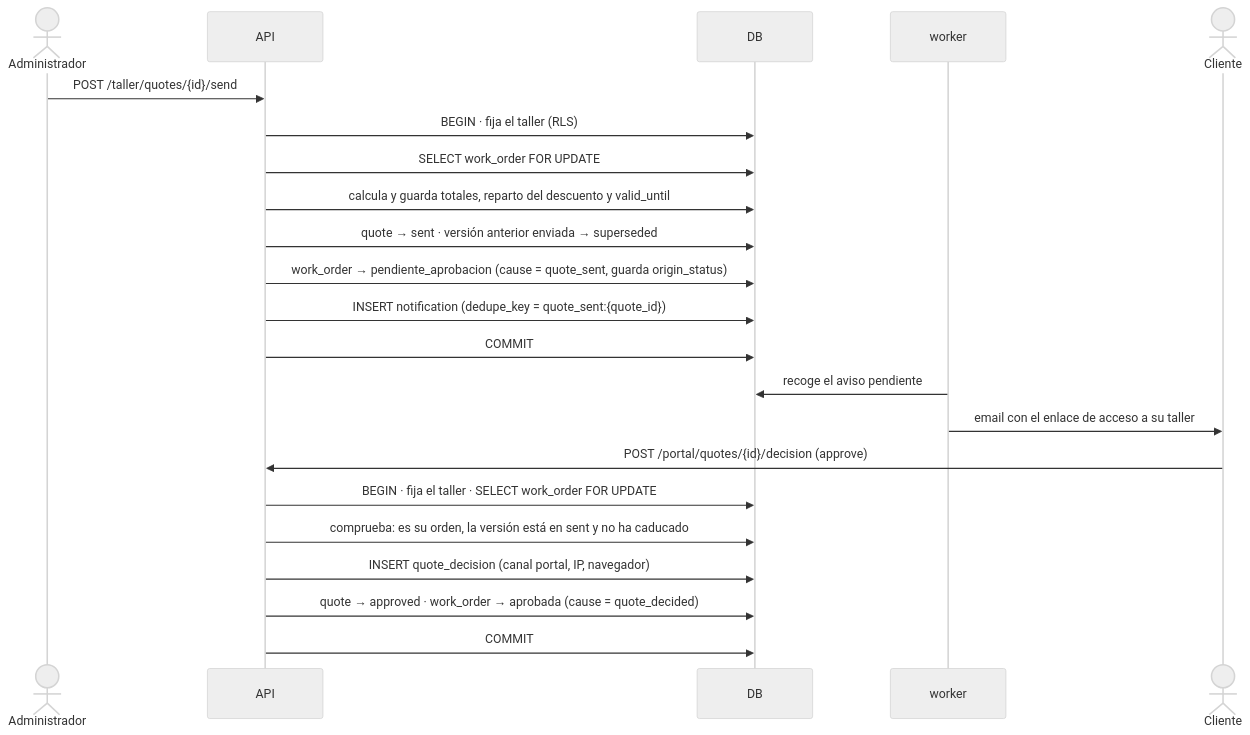
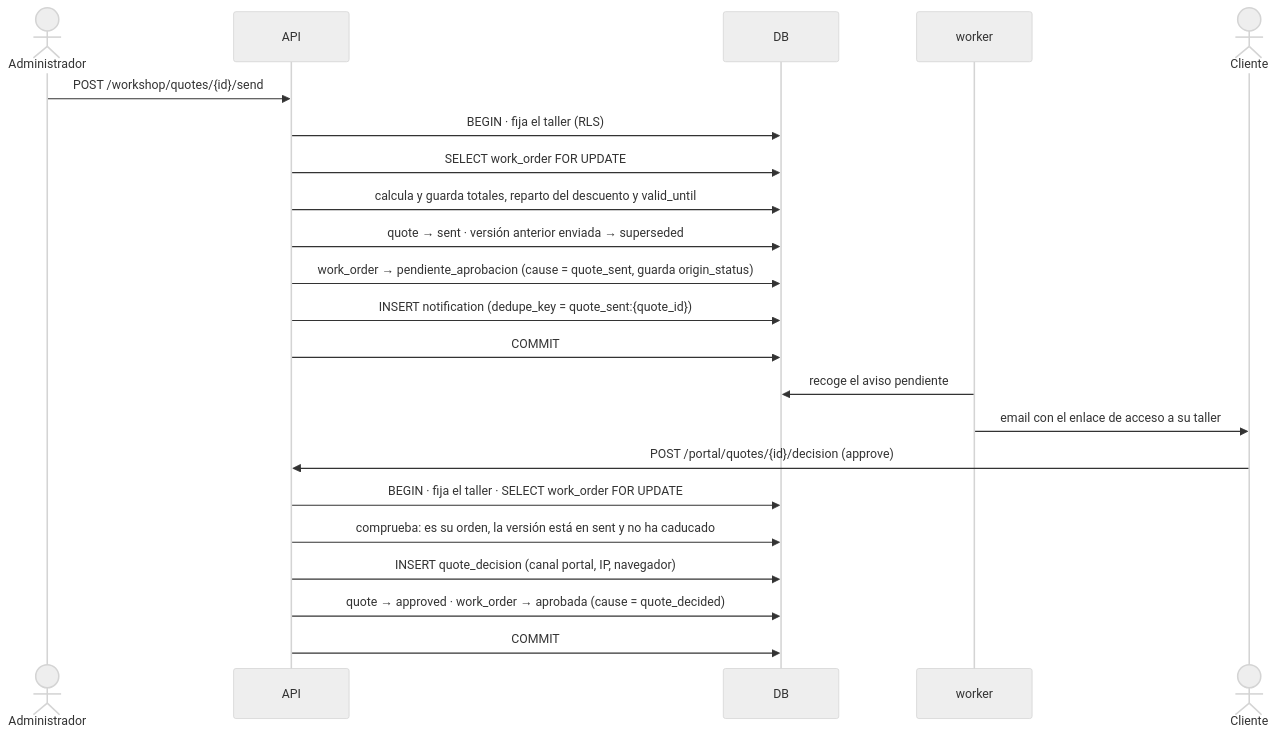
Before and after one commit to iMiguel10/axtton-core: the fourth of 6 diagrams in docs/arquitectura/index.md, drawn with Mermaid (neutral theme). The commit also changed other lines of this file and 36 other files, not shown here.

````diff
--- a/docs/arquitectura/index.md
+++ b/docs/arquitectura/index.md
@@ -430,25 +444,25 @@
 ```mermaid
 sequenceDiagram
     actor Ad as Administrador
     participant API
     participant DB
     participant WK as worker
     actor Cl as Cliente
 
-    Ad->>API: POST /taller/quotes/{id}/send
+    Ad->>API: POST /workshop/quotes/{id}/send
     API->>DB: BEGIN · fija el taller (RLS)
     API->>DB: SELECT work_order FOR UPDATE
     API->>DB: calcula y guarda totales, reparto del descuento y valid_until
     API->>DB: quote → sent · versión anterior enviada → superseded
     API->>DB: work_order → pendiente_aprobacion (cause = quote_sent, guarda origin_status)
     API->>DB: INSERT notification (dedupe_key = quote_sent:{quote_id})
     API->>DB: COMMIT
     WK->>DB: recoge el aviso pendiente
     WK->>Cl: email con el enlace de acceso a su taller
     Cl->>API: POST /portal/quotes/{id}/decision (approve)
     API->>DB: BEGIN · fija el taller · SELECT work_order FOR UPDATE
     API->>DB: comprueba: es su orden, la versión está en sent y no ha caducado
     API->>DB: INSERT quote_decision (canal portal, IP, navegador)
     API->>DB: quote → approved · work_order → aprobada (cause = quote_decided)
     API->>DB: COMMIT
 ```
````
